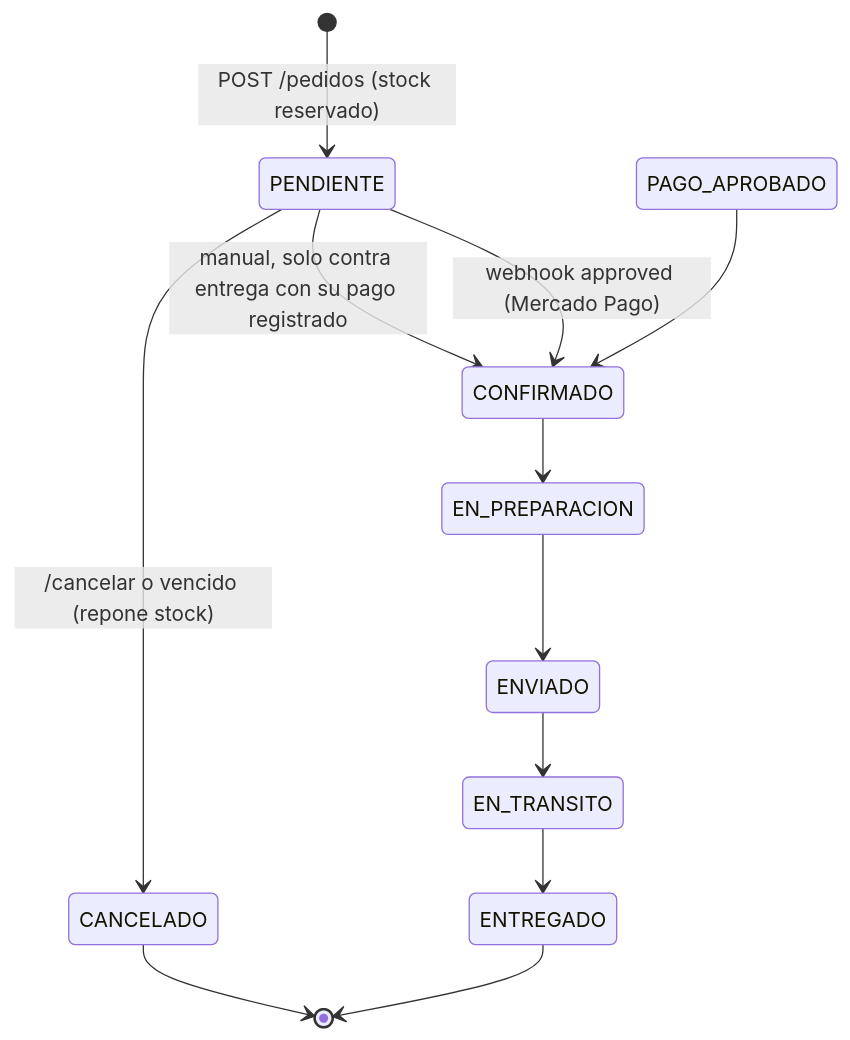
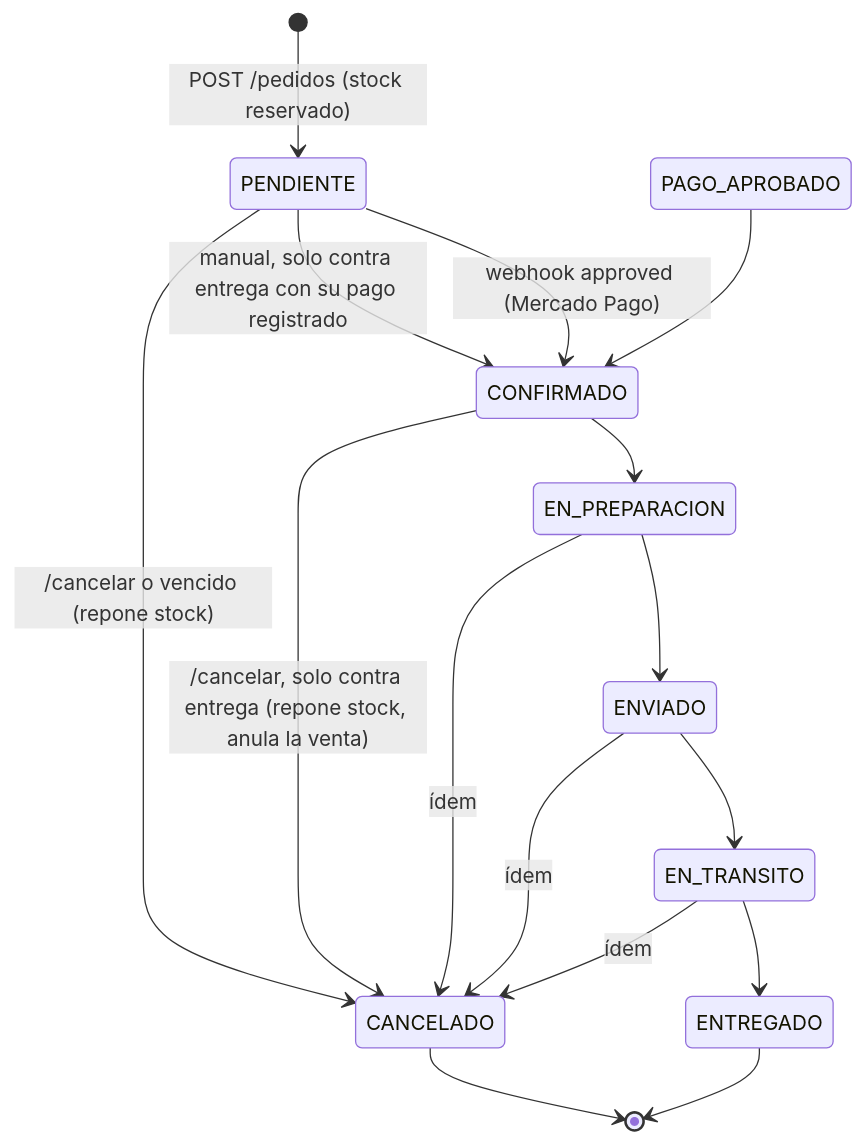
Before and after one commit to melinalineth/trendy: the diagram in docs/diseno/pedidos-estados.md, drawn with Mermaid. The commit also changed other lines of this file and 1 other file, not shown here.

Commit message:
docs(RF-041): documentar la anulacion de contra entrega confirmado y el registro de ventas

````diff
--- a/docs/diseno/pedidos-estados.md
+++ b/docs/diseno/pedidos-estados.md
@@ -24,14 +28,18 @@
 ```mermaid
 stateDiagram-v2
     [*] --> PENDIENTE: POST /pedidos (stock reservado)
     PENDIENTE --> CONFIRMADO: webhook approved (Mercado Pago)
     PENDIENTE --> CONFIRMADO: manual, solo contra entrega con su pago registrado
     PENDIENTE --> CANCELADO: /cancelar o vencido (repone stock)
     PAGO_APROBADO --> CONFIRMADO
     CONFIRMADO --> EN_PREPARACION
     EN_PREPARACION --> ENVIADO
     ENVIADO --> EN_TRANSITO
     EN_TRANSITO --> ENTREGADO
+    CONFIRMADO --> CANCELADO: /cancelar, solo contra entrega (repone stock, anula la venta)
+    EN_PREPARACION --> CANCELADO: ídem
+    ENVIADO --> CANCELADO: ídem
+    EN_TRANSITO --> CANCELADO: ídem
     ENTREGADO --> [*]
     CANCELADO --> [*]
 ```
````
